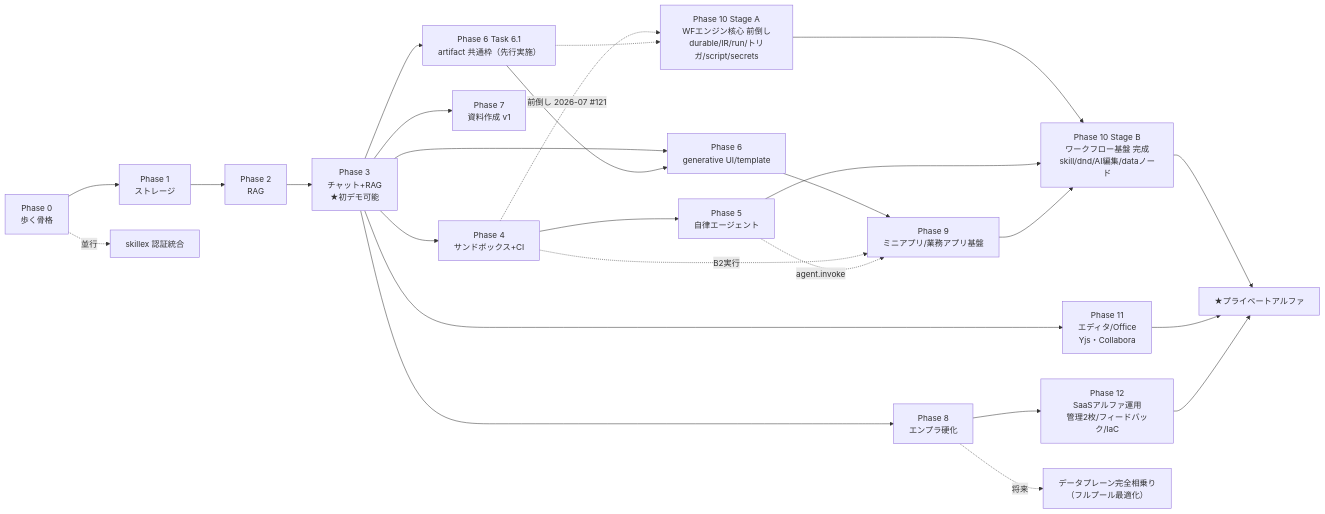
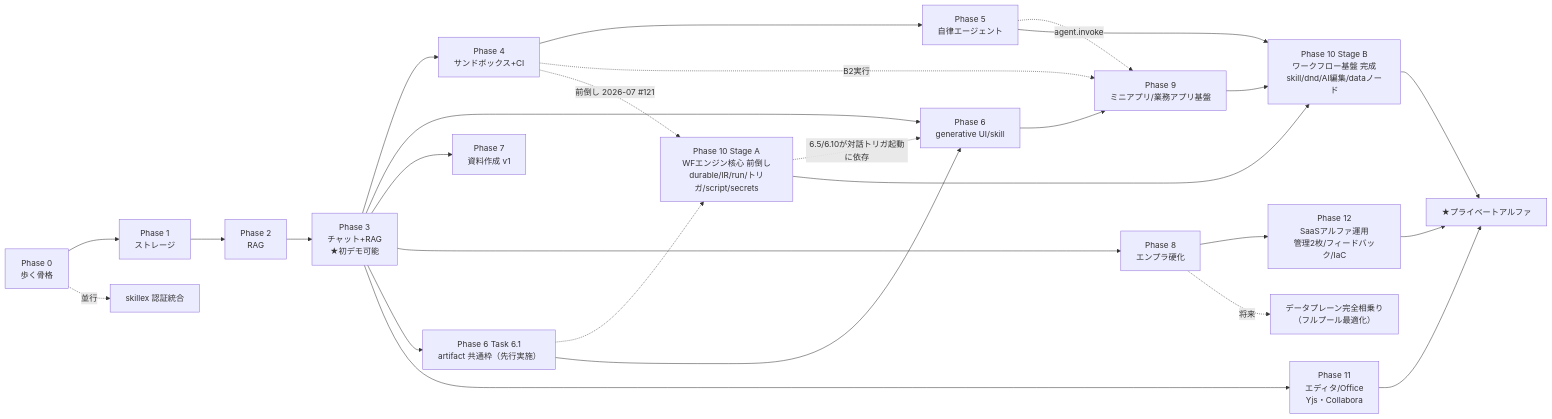
Before and after one commit to imanect-labs/shiki-platform: the diagram in docs/roadmap.md, drawn with Mermaid. The commit also changed other lines of this file and 10 other files, not shown here.

````diff
--- a/docs/roadmap.md
+++ b/docs/roadmap.md
@@ -18,28 +18,29 @@
 ```mermaid
 flowchart LR
   P0["Phase 0<br/>歩く骨格"] --> P1["Phase 1<br/>ストレージ"]
   P1 --> P2["Phase 2<br/>RAG"]
   P2 --> P3["Phase 3<br/>チャット+RAG<br/>★初デモ可能"]
   P3 --> P4["Phase 4<br/>サンドボックス+CI"]
   P4 --> P5["Phase 5<br/>自律エージェント"]
-  P3 --> P6["Phase 6<br/>generative UI/template"]
+  P3 --> P6["Phase 6<br/>generative UI/skill"]
   P6 --> P9["Phase 9<br/>ミニアプリ/業務アプリ基盤"]
   P4 -.->|B2実行| P9
   P5 -.->|agent.invoke| P9
   P3 --> P7["Phase 7<br/>資料作成 v1"]
   P3 --> P8["Phase 8<br/>エンプラ硬化"]
   P4 -.->|前倒し 2026-07 #121| P10A["Phase 10 Stage A<br/>WFエンジン核心 前倒し<br/>durable/IR/run/トリガ/script/secrets"]
   P3 --> T61["Phase 6 Task 6.1<br/>artifact 共通枠（先行実施）"]
   T61 -.-> P10A
   T61 --> P6
+  P10A -.->|6.5/6.10が対話トリガ起動に依存| P6
   P10A --> P10["Phase 10 Stage B<br/>ワークフロー基盤 完成<br/>skill/dnd/AI編集/dataノード"]
   P5 --> P10
   P9 --> P10
   P3 --> P11["Phase 11<br/>エディタ/Office<br/>Yjs・Collabora"]
   P8 --> P12["Phase 12<br/>SaaSアルファ運用<br/>管理2枚/フィードバック/IaC"]
   P10 --> ALPHA["★プライベートアルファ"]
   P11 --> ALPHA
   P12 --> ALPHA
   P0 -.->|並行| SK["skillex 認証統合"]
   P8 -.->|将来| FULLPOOL["データプレーン完全相乗り<br/>（フルプール最適化）"]
 ```
````
